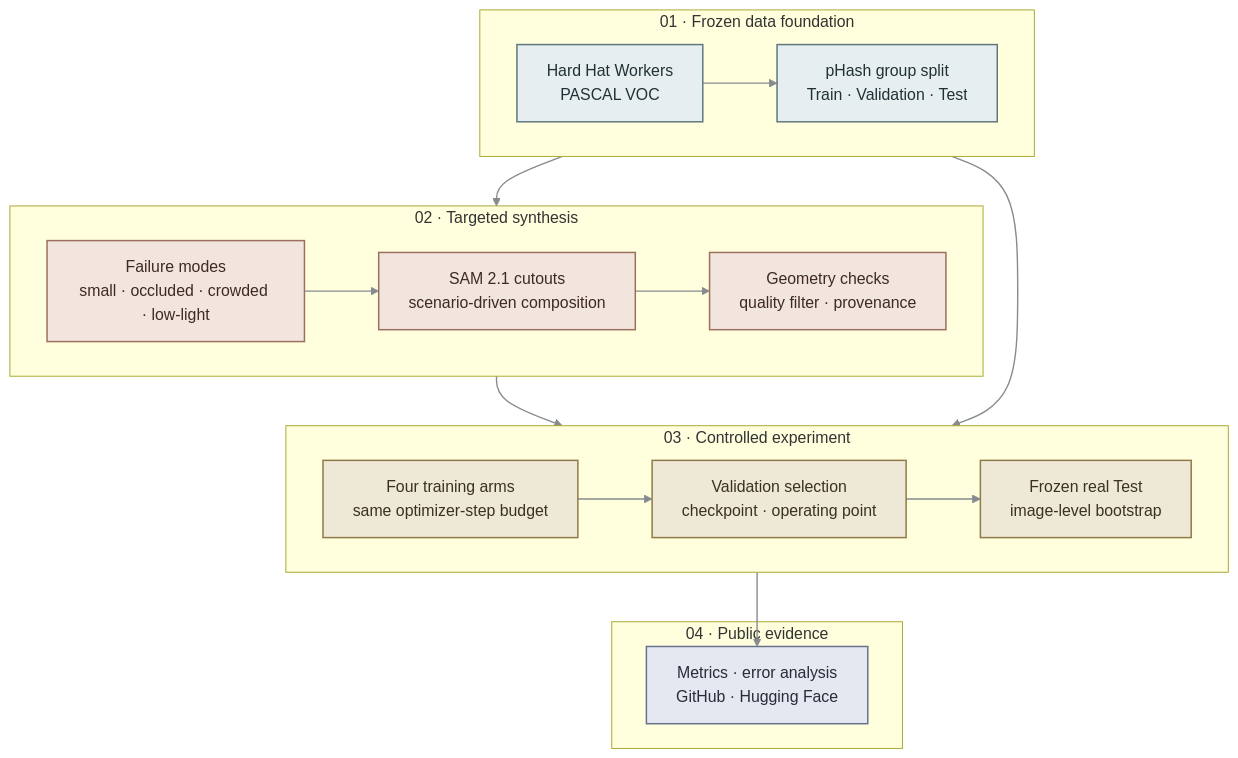
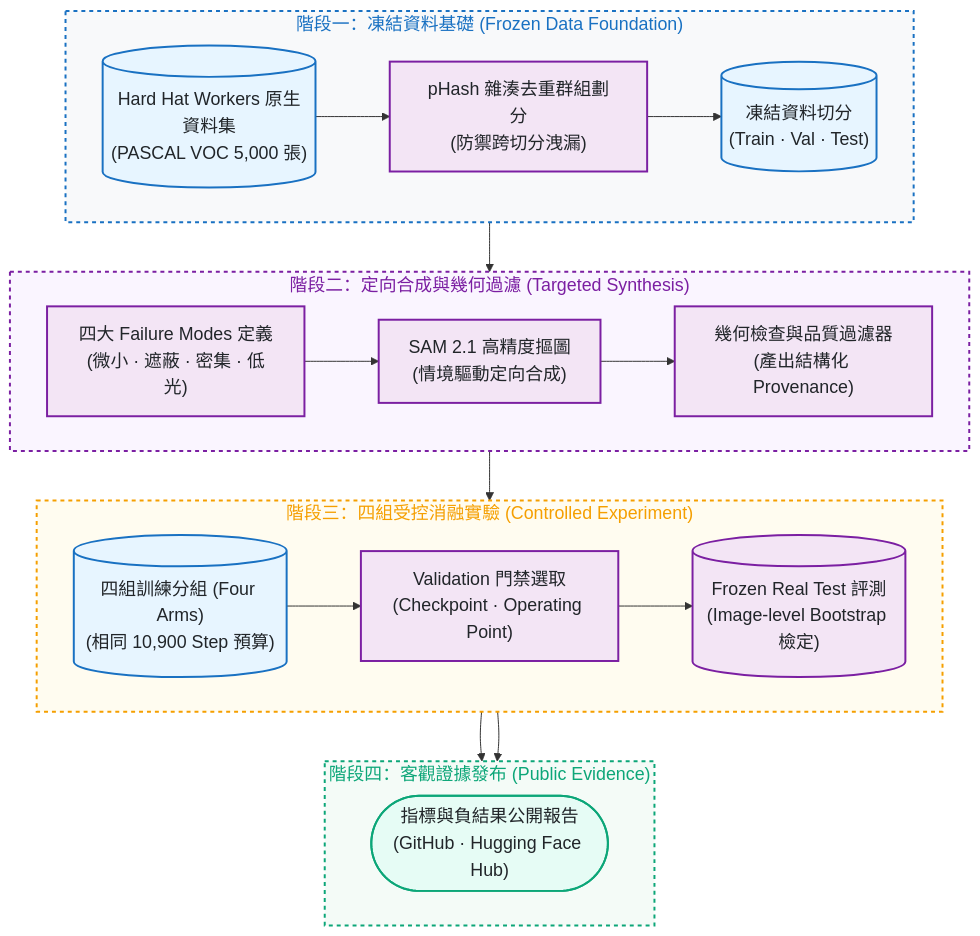
One commit to kuotunyu/SafeSynth changed the first of 2 diagrams in README.md. Above: the diagram before and after it, drawn with Mermaid. The commit also changed other lines of this file and 1 other file, not shown here.

Commit message:
docs: overhaul README with 20px card container flowcharts and clean typography

````diff
--- a/README.md
+++ b/README.md
@@ -42,38 +48,38 @@
 ```mermaid
-flowchart TB
-    subgraph P1["01 · Frozen data foundation"]
+%%{init: {'themeVariables': {'fontSize': '18px'}}}%%
+flowchart TD
+    subgraph DataStage ["階段一：凍結資料基礎 (Frozen Data Foundation)"]
         direction LR
-        D["Hard Hat Workers<br/>PASCAL VOC"] --> S["pHash group split<br/>Train · Validation · Test"]
+        Raw[("Hard Hat Workers 原生資料集<br/>(PASCAL VOC 5,000 張)")] --> Split["pHash 雜湊去重群組劃分<br/>(防禦跨切分洩漏)"] --> Set[("凍結資料切分<br/>(Train · Val · Test)")]
     end
 
-    subgraph P2["02 · Targeted synthesis"]
+    subgraph SynthStage ["階段二：定向合成與幾何過濾 (Targeted Synthesis)"]
         direction LR
-        F["Failure modes<br/>small · occluded · crowded · low-light"] --> G["SAM 2.1 cutouts<br/>scenario-driven composition"]
-        G --> Q["Geometry checks<br/>quality filter · provenance"]
+        Fail["四大 Failure Modes 定義<br/>(微小 · 遮蔽 · 密集 · 低光)"] --> SAM["SAM 2.1 高精度摳圖<br/>(情境驅動定向合成)"] --> Filter["幾何檢查與品質過濾器<br/>(產出結構化 Provenance)"]
     end
 
-    subgraph P3["03 · Controlled experiment"]
+    subgraph ExpStage ["階段三：四組受控消融實驗 (Controlled Experiment)"]
         direction LR
-        A["Four training arms<br/>same optimizer-step budget"] --> V["Validation selection<br/>checkpoint · operating point"]
-        V --> T["Frozen real Test<br/>image-level bootstrap"]
+        Arms[("四組訓練分組 (Four Arms)<br/>(相同 10,900 Step 預算)")] --> Val["Validation 門禁選取<br/>(Checkpoint · Operating Point)"] --> Test[("Frozen Real Test 評測<br/>(Image-level Bootstrap 檢定)")]
     end
 
-    subgraph P4["04 · Public evidence"]
-        E["Metrics · error analysis<br/>GitHub · Hugging Face"]
+    subgraph PubStage ["階段四：客觀證據發布 (Public Evidence)"]
+        direction LR
+        Test --> Evidence(["指標與負結果公開報告<br/>(GitHub · Hugging Face Hub)"])
     end
 
-    S --> F
-    S --> A
-    Q --> A
-    T --> E
+    DataStage --> SynthStage --> ExpStage --> PubStage
 
-    classDef foundation fill:#E7EEF0,stroke:#5F777D,color:#203136,stroke-width:1.5px
-    classDef synthesis fill:#F1E5DE,stroke:#9B6E5D,color:#3E2A23,stroke-width:1.5px
-    classDef experiment fill:#EEE8D7,stroke:#8F7A45,color:#3A321F,stroke-width:1.5px
-    classDef evidence fill:#E5E8F0,stroke:#68718C,color:#272B3A,stroke-width:1.5px
-    class D,S foundation
-    class F,G,Q synthesis
-    class A,V,T experiment
-    class E evidence
-    linkStyle default stroke:#858B8F,stroke-width:1.4px
+    classDef srcStyle fill:#e7f5ff,stroke:#1971c2,stroke-width:2px,color:#212529
+    classDef procStyle fill:#f3e5f5,stroke:#7b1fa2,stroke-width:2px,color:#212529
+    classDef evalStyle fill:#e6fcf5,stroke:#0ca678,stroke-width:2px,color:#212529
+
+    class Raw,Set,Arms srcStyle
+    class Split,Fail,SAM,Filter,Val,Test procStyle
+    class Evidence evalStyle
+
+    style DataStage fill:#f8f9fa,stroke:#1971c2,stroke-width:2px,color:#1971c2,stroke-dasharray: 4 4
+    style SynthStage fill:#faf5ff,stroke:#7b1fa2,stroke-width:2px,color:#7b1fa2,stroke-dasharray: 4 4
+    style ExpStage fill:#fffcf0,stroke:#f59f00,stroke-width:2px,color:#f59f00,stroke-dasharray: 4 4
+    style PubStage fill:#f4fbf7,stroke:#0ca678,stroke-width:2px,color:#0ca678,stroke-dasharray: 4 4
 ```
````
